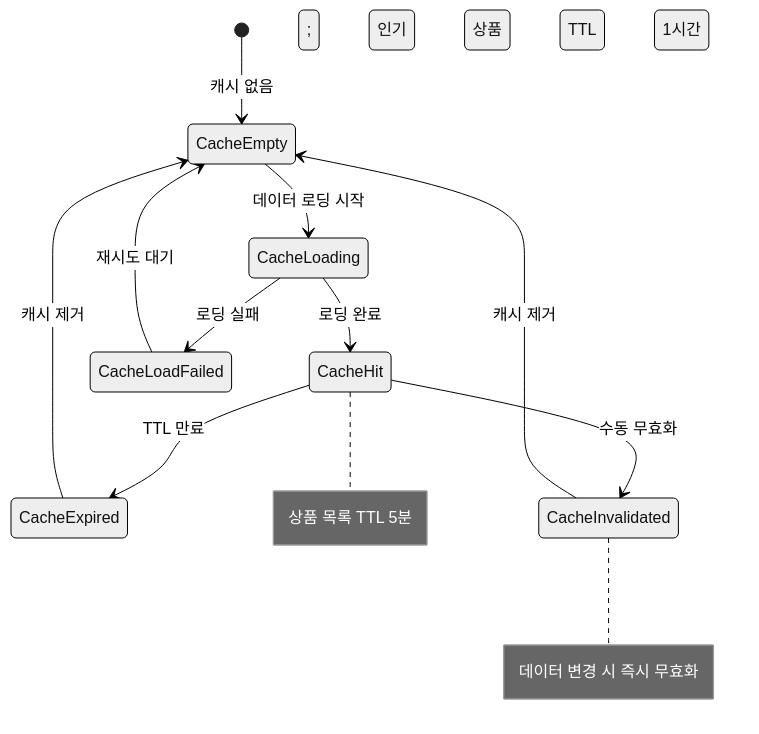
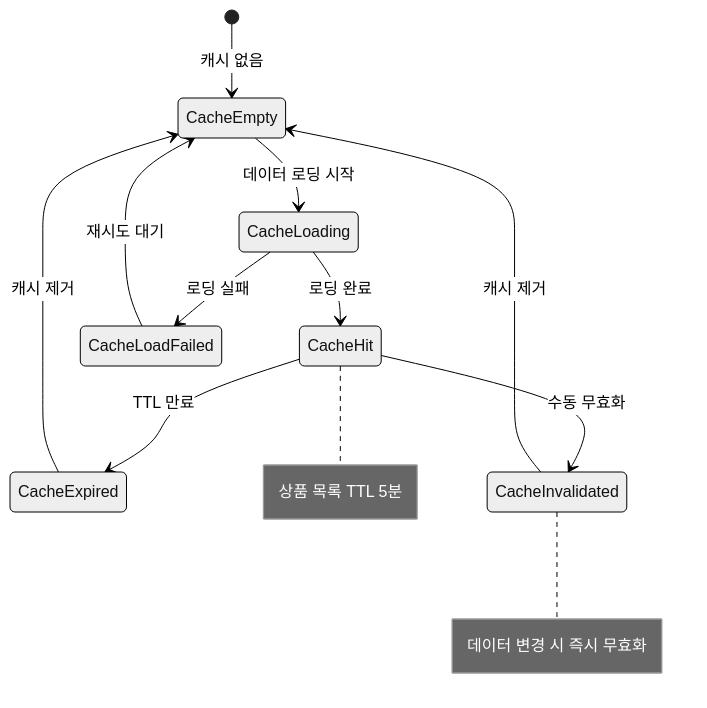
The ninth of 9 diagrams in docs/state_diagram.md (yuni02/hhplus-ecommerce), drawn with Mermaid (neutral theme) before and after one commit. The commit also changed 3 other files, not shown here.

Commit message:
chore: sequence 다이어그램의 결제 API 에서 데이터플랫 폼 연동 로직 추가

````diff
--- a/docs/state_diagram.md
+++ b/docs/state_diagram.md
@@ -198,18 +198,18 @@
 ```mermaid
 stateDiagram-v2
     [*] --> CacheEmpty : 캐시 없음
 
     CacheEmpty --> CacheLoading : 데이터 로딩 시작
     CacheLoading --> CacheHit : 로딩 완료
     CacheLoading --> CacheLoadFailed : 로딩 실패
 
     CacheHit --> CacheExpired : TTL 만료
     CacheHit --> CacheInvalidated : 수동 무효화
 
     CacheExpired --> CacheEmpty : 캐시 제거
     CacheInvalidated --> CacheEmpty : 캐시 제거
     CacheLoadFailed --> CacheEmpty : 재시도 대기
 
-    note right of CacheHit : 상품 목록 TTL 5분; 인기 상품 TTL 1시간
+    note right of CacheHit : 상품 목록 TTL 5분
     note right of CacheInvalidated : 데이터 변경 시 즉시 무효화
 ```
````
